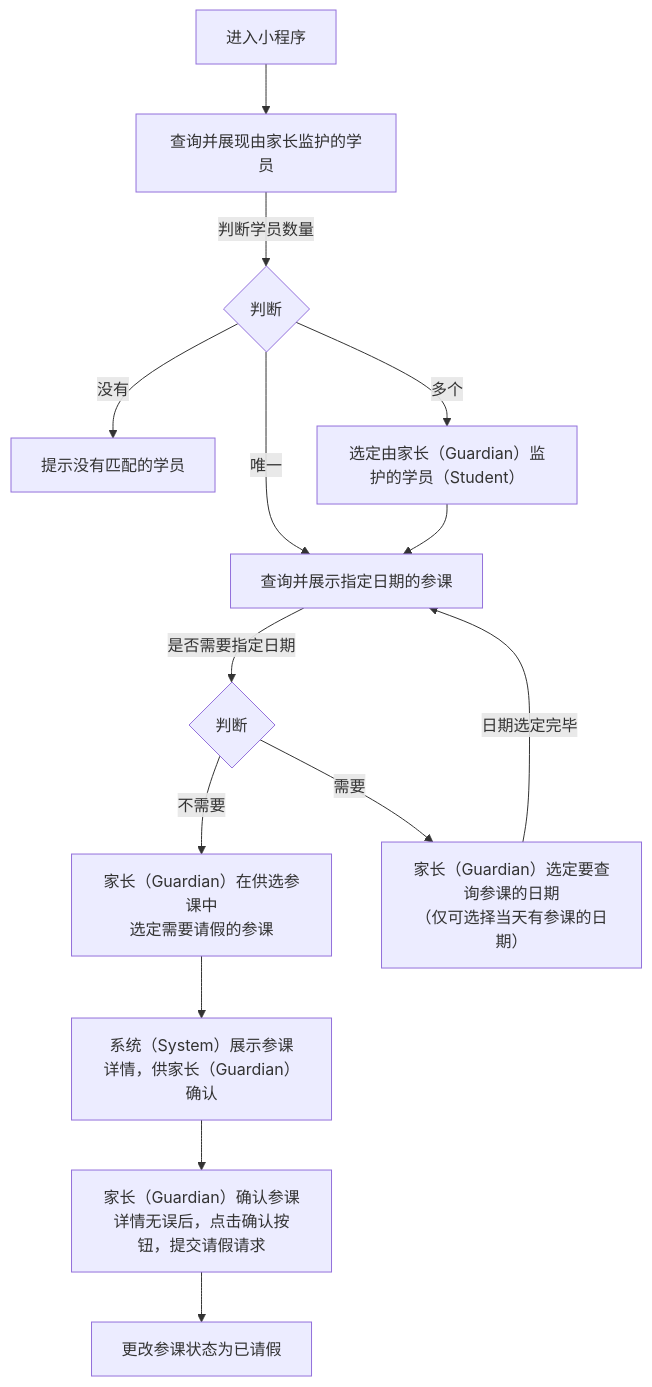
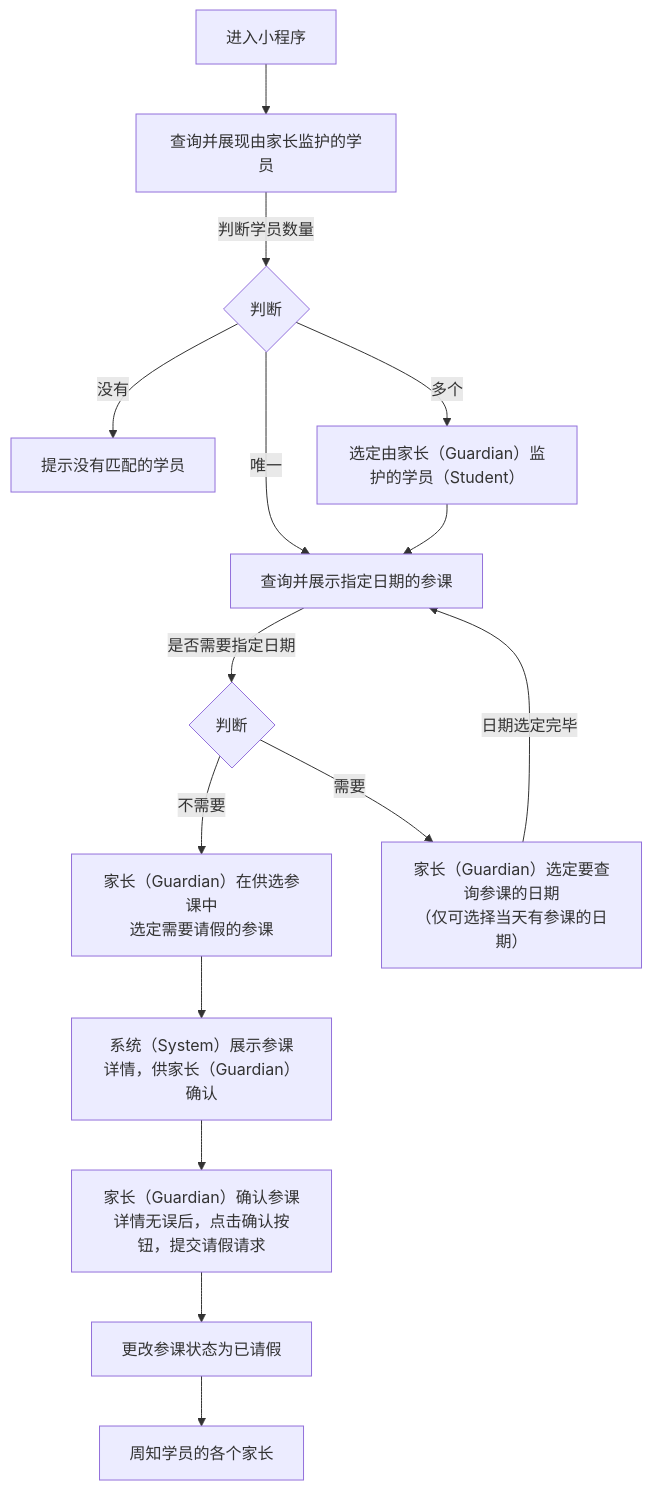
Before and after one commit to world-wide-web/sign: the diagram in 用例/请假.md, drawn with Mermaid. The commit also changed other lines of this file, not shown here.

````diff
--- a/用例/请假.md
+++ b/用例/请假.md
@@ -7,46 +7,48 @@
 ```mermaid
 graph TD
 
 进入小程序-->查询并展现由家长监护的学员
 
 查询并展现由家长监护的学员--判断学员数量-->判断学员数量
 
 判断学员数量--没有-->提示没有匹配的学员
 
 判断学员数量--唯一-->查询并展示指定日期的参课
 
 判断学员数量--多个-->选定学员
 
 选定学员-->查询并展示指定日期的参课
 
 查询并展示指定日期的参课--是否需要指定日期-->决定是否需要指定日期
 
 决定是否需要指定日期--不需要-->选定参课
 
 决定是否需要指定日期--需要-->选定日期
 
 选定日期--日期选定完毕-->查询并展示指定日期的参课
 
 选定参课-->展示参课详情
 
 展示参课详情-->提交请假请求
 
 提交请假请求-->更改参课状态为已请假
 
+更改参课状态为已请假-->周知学员的各个家长
+
 判断学员数量{"<center>判断</center>"}
 
 选定学员["<center>选定由家长（Guardian）监护的学员（Student）</center>"]
 
 决定是否需要指定日期{"<center>判断</center>"}
 
 选定日期["<center>家长（Guardian）选定要查询参课的日期<br>（仅可选择当天有参课的日期）</center>"]
 
 选定参课["<center>家长（Guardian）在供选参课中<br>选定需要请假的参课</center>"]
 
 展示参课详情["<center>系统（System）展示参课详情，供家长（Guardian）确认</center>"]
 
 提交请假请求["<center>家长（Guardian）确认参课详情无误后，点击确认按钮，提交请假请求</center>"]
 
 
 
 ```
````
